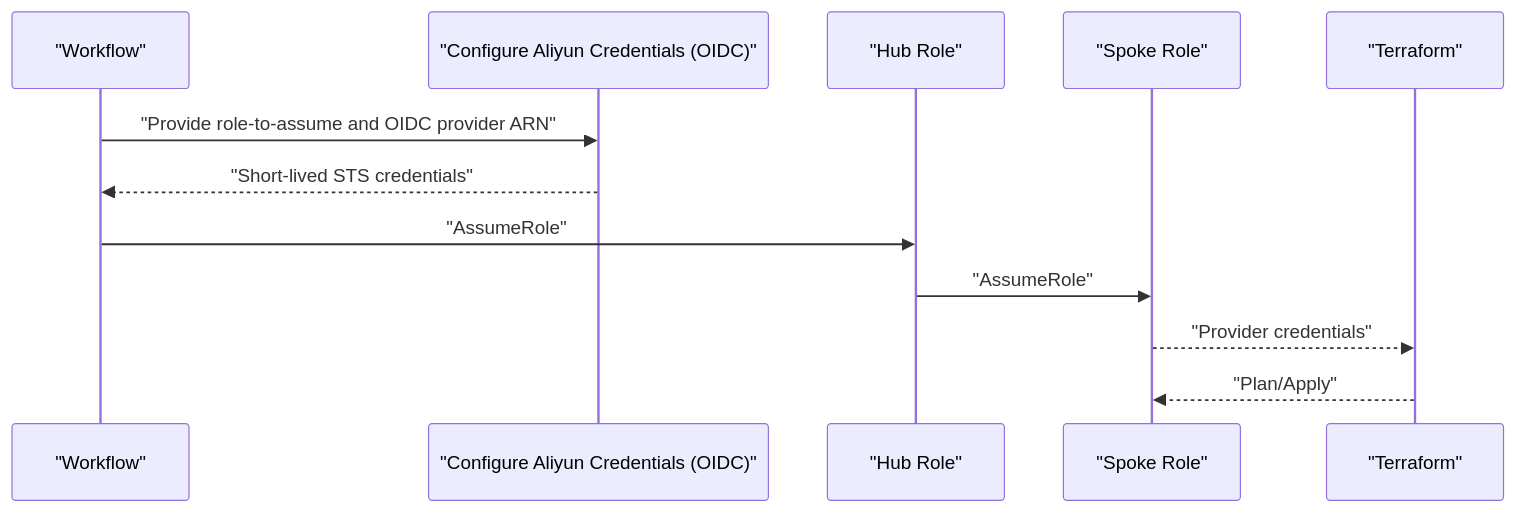
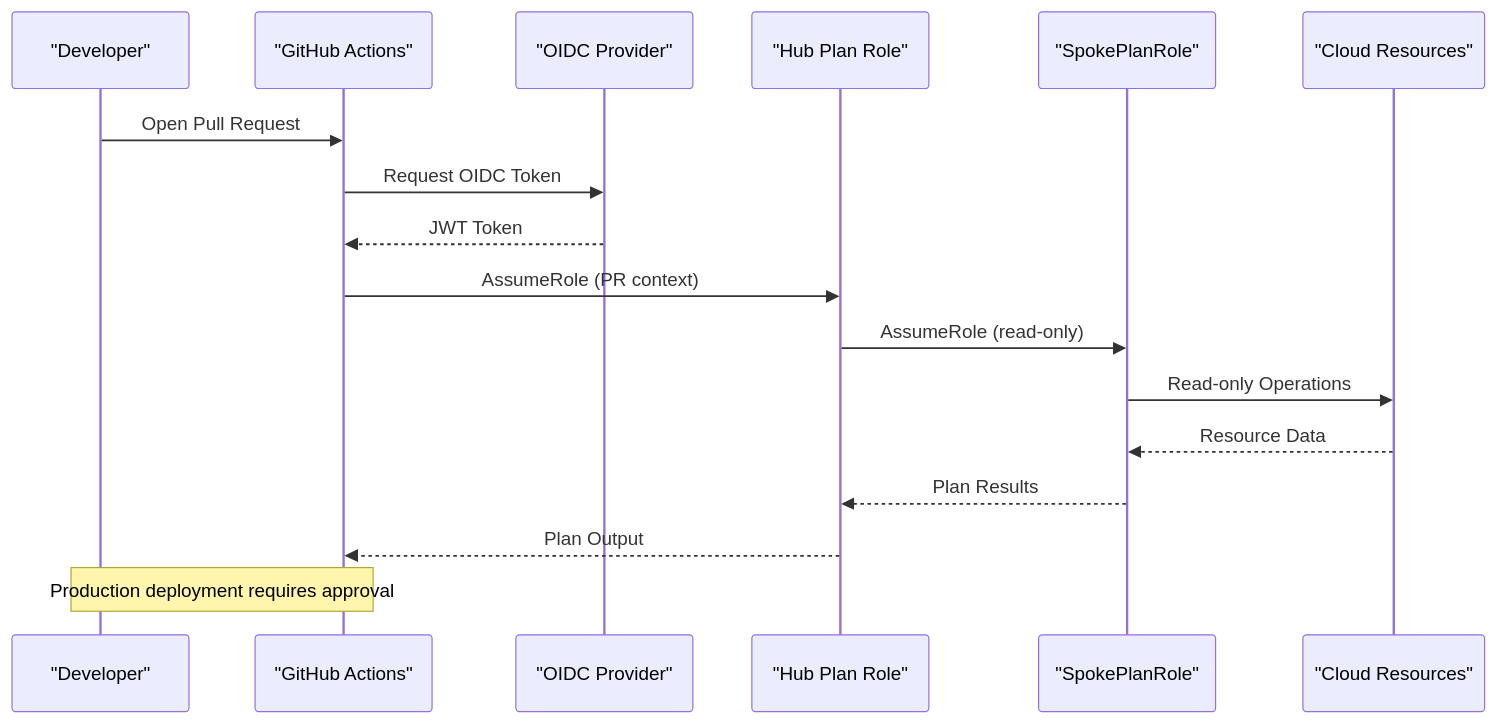
Before and after one commit to AlibabaCloudLandingZone/alibabacloud-landingzone-accelerator-github-demo: the fifth of 7 diagrams in .qoder/repowiki/en/content/Security Model/Security Model.md, drawn with Mermaid. The commit also changed other lines of this file and 104 other files, not shown here.

````diff
--- a/.qoder/repowiki/en/content/Security Model/Security Model.md
+++ b/.qoder/repowiki/en/content/Security Model/Security Model.md
@@ -191,14 +193,19 @@
 ```mermaid
 sequenceDiagram
-participant WF as "Workflow"
-participant OIDC as "Configure Aliyun Credentials (OIDC)"
-participant Hub as "Hub Role"
-participant Spoke as "Spoke Role"
-participant TF as "Terraform"
-WF->>OIDC : "Provide role-to-assume and OIDC provider ARN"
-OIDC-->>WF : "Short-lived STS credentials"
-WF->>Hub : "AssumeRole"
-Hub->>Spoke : "AssumeRole"
-Spoke-->>TF : "Provider credentials"
-TF-->>Spoke : "Plan/Apply"
+participant Dev as "Developer"
+participant GHA as "GitHub Actions"
+participant OIDC as "OIDC Provider"
+participant HubPlan as "Hub Plan Role"
+participant SpokePlan as "SpokePlanRole"
+participant Resources as "Cloud Resources"
+Dev->>GHA : Open Pull Request
+GHA->>OIDC : Request OIDC Token
+OIDC-->>GHA : JWT Token
+GHA->>HubPlan : AssumeRole (PR context)
+HubPlan->>SpokePlan : AssumeRole (read-only)
+SpokePlan->>Resources : Read-only Operations
+Resources-->>SpokePlan : Resource Data
+SpokePlan-->>HubPlan : Plan Results
+HubPlan-->>GHA : Plan Output
+Note over Dev,GHA : Production deployment requires approval
 ```
````
